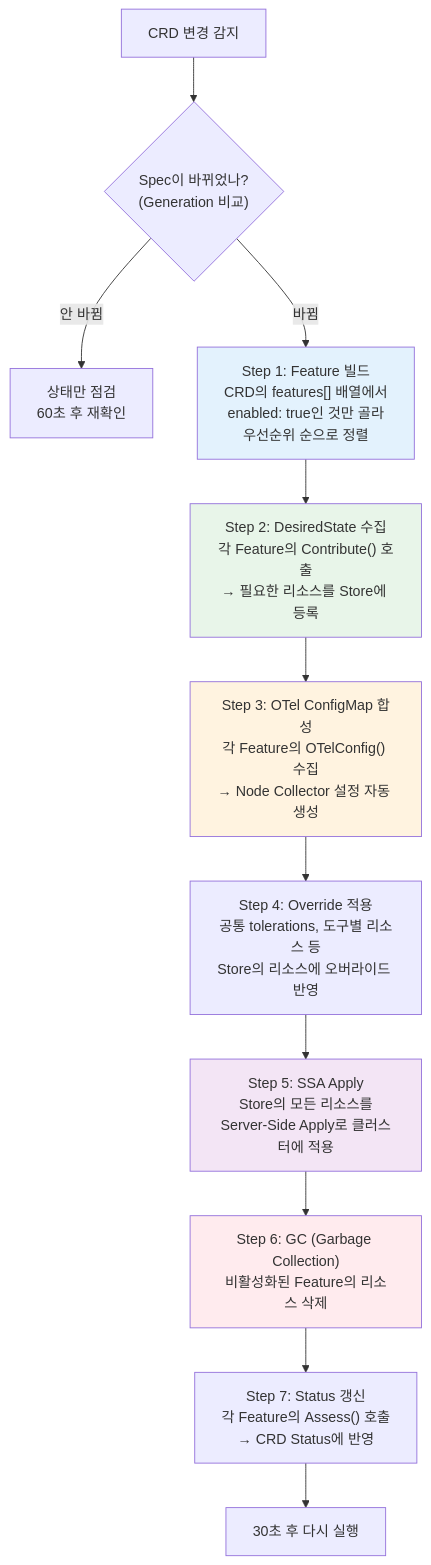
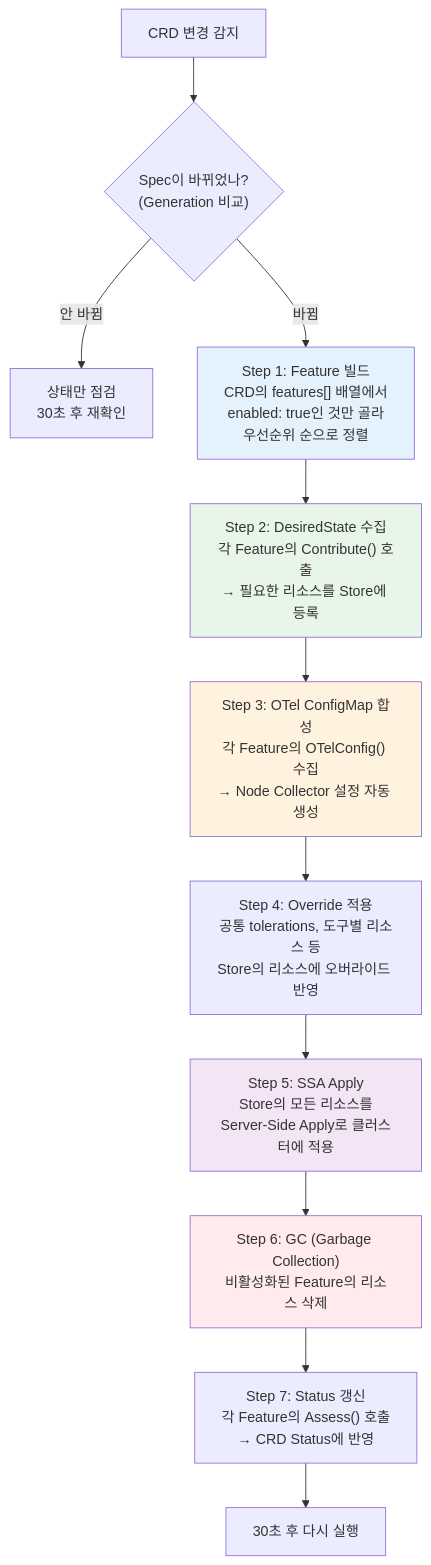
The seventh of 11 diagrams in docs/plan/security-operator-guide.md (gs-kikim/security-operator), drawn with Mermaid before and after one commit. The commit also changed other lines of this file and 9 other files, not shown here.

````diff
--- a/docs/plan/security-operator-guide.md
+++ b/docs/plan/security-operator-guide.md
@@ -271,33 +271,33 @@
 ```mermaid
 flowchart TD
     Start["CRD 변경 감지"] --> Check{"Spec이 바뀌었나?<br/>(Generation 비교)"}
-    Check -- "안 바뀜" --> StatusOnly["상태만 점검<br/>60초 후 재확인"]
+    Check -- "안 바뀜" --> StatusOnly["상태만 점검<br/>30초 후 재확인"]
     Check -- "바뀜" --> Step1
 
     Step1["Step 1: Feature 빌드<br/>CRD의 features[] 배열에서<br/>enabled: true인 것만 골라<br/>우선순위 순으로 정렬"]
     Step1 --> Step2
 
     Step2["Step 2: DesiredState 수집<br/>각 Feature의 Contribute() 호출<br/>→ 필요한 리소스를 Store에 등록"]
     Step2 --> Step3
 
     Step3["Step 3: OTel ConfigMap 합성<br/>각 Feature의 OTelConfig() 수집<br/>→ Node Collector 설정 자동 생성"]
     Step3 --> Step4
 
     Step4["Step 4: Override 적용<br/>공통 tolerations, 도구별 리소스 등<br/>Store의 리소스에 오버라이드 반영"]
     Step4 --> Step5
 
     Step5["Step 5: SSA Apply<br/>Store의 모든 리소스를<br/>Server-Side Apply로 클러스터에 적용"]
     Step5 --> Step6
 
     Step6["Step 6: GC (Garbage Collection)<br/>비활성화된 Feature의 리소스 삭제"]
     Step6 --> Step7
 
     Step7["Step 7: Status 갱신<br/>각 Feature의 Assess() 호출<br/>→ CRD Status에 반영"]
     Step7 --> Done["30초 후 다시 실행"]
 
     style Step1 fill:#E3F2FD
     style Step2 fill:#E8F5E9
     style Step3 fill:#FFF3E0
     style Step5 fill:#F3E5F5
     style Step6 fill:#FFEBEE
 ```
````
